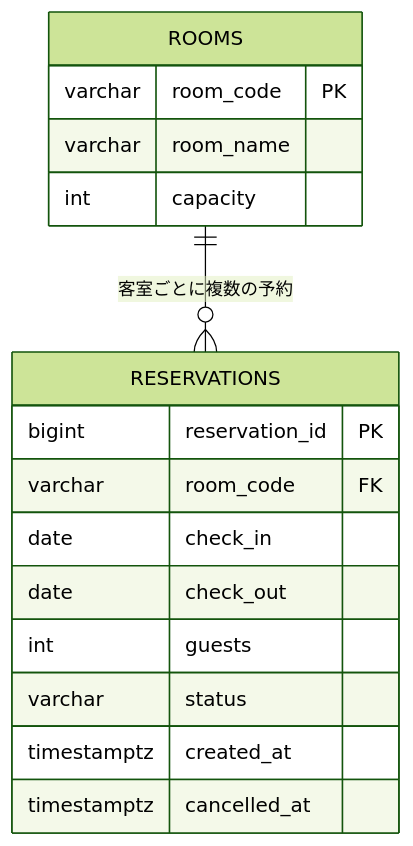
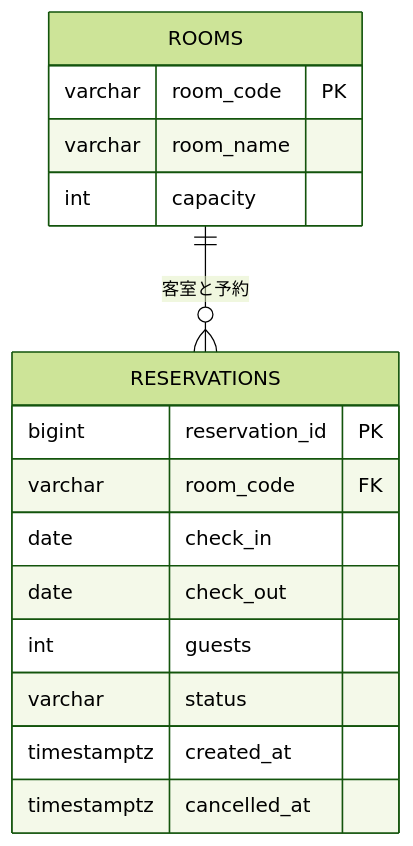
The diagram in apps/yumeya-reservation/docs/DB_DESIGN.md (clearworkbase-art/yumeya-reservation-db-portfolio), drawn with Mermaid (forest theme) before and after one commit. The commit also changed other lines of this file and 1 other file, not shown here.

````diff
--- a/apps/yumeya-reservation/docs/DB_DESIGN.md
+++ b/apps/yumeya-reservation/docs/DB_DESIGN.md
@@ -7,19 +7,19 @@
 ```mermaid
 erDiagram
-    ROOMS ||--o{ RESERVATIONS : "客室ごとに複数の予約"
+    ROOMS ||--o{ RESERVATIONS : "客室と予約"
     ROOMS {
       varchar room_code PK
       varchar room_name
       int capacity
     }
     RESERVATIONS {
       bigint reservation_id PK
       varchar room_code FK
       date check_in
       date check_out
       int guests
       varchar status
       timestamptz created_at
       timestamptz cancelled_at
     }
 ```
````
